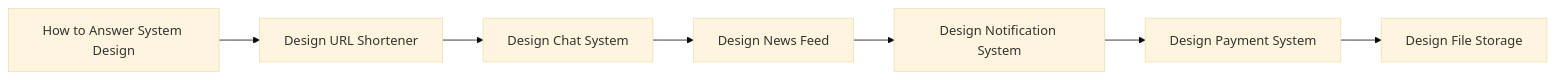
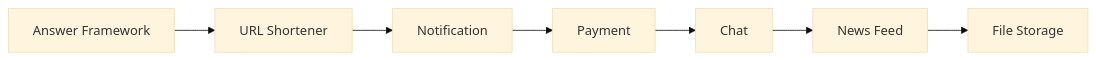
One commit to PriyanshuMidha/System_Design_notes changed the diagram in advance backend/theory/system design practice/System Design Practice Content Table.md. Above: the diagram before and after it, drawn with Mermaid (base theme). The commit also changed other lines of this file and 55 other files, not shown here.

Commit message:
Expand LLD Go and system design notes

````diff
--- a/advance backend/theory/system design practice/System Design Practice Content Table.md
+++ b/advance backend/theory/system design practice/System Design Practice Content Table.md
@@ -19,16 +32,9 @@
 ```mermaid
 flowchart LR
-  N1["How to Answer System Design"]
-  N2["Design URL Shortener"]
-  N3["Design Chat System"]
-  N4["Design News Feed"]
-  N5["Design Notification System"]
-  N6["Design Payment System"]
-  N7["Design File Storage"]
-  N1 --> N2
-  N2 --> N3
-  N3 --> N4
-  N4 --> N5
-  N5 --> N6
-  N6 --> N7
+  N1[Answer Framework] --> N2[URL Shortener]
+  N2 --> N3[Notification]
+  N3 --> N4[Payment]
+  N4 --> N5[Chat]
+  N5 --> N6[News Feed]
+  N6 --> N7[File Storage]
 ```
````
